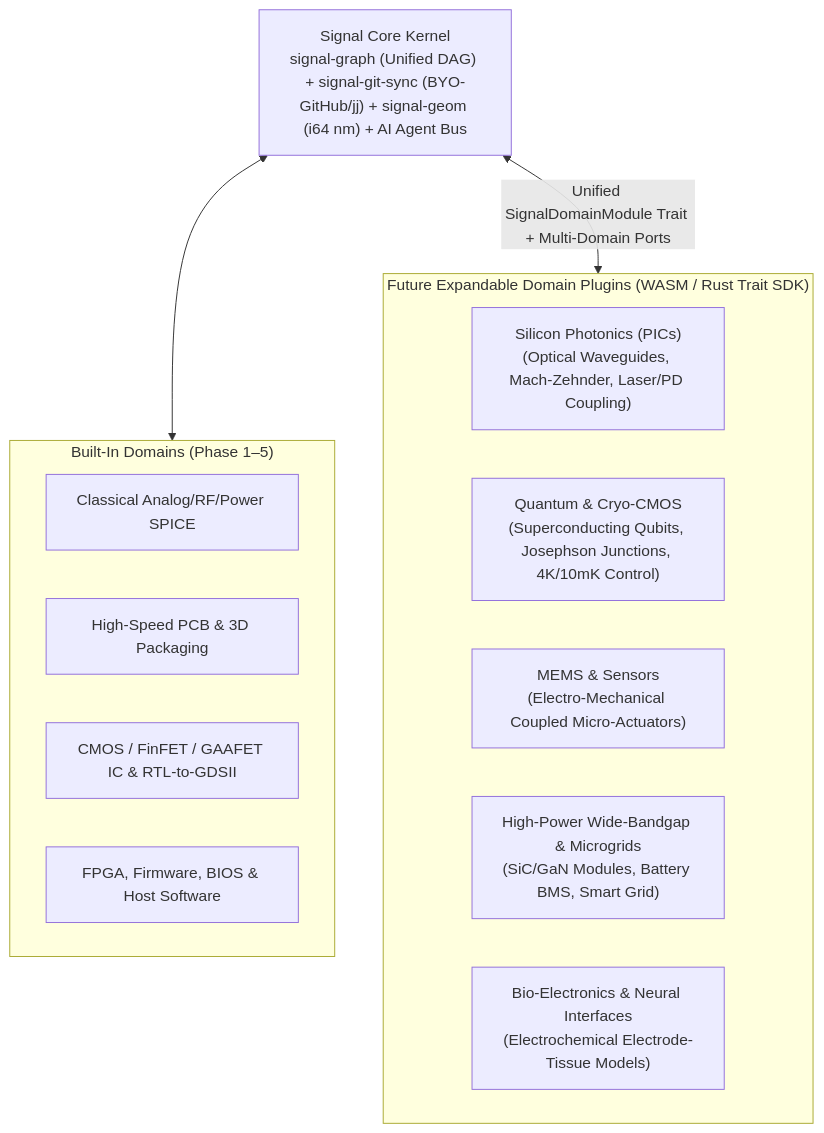
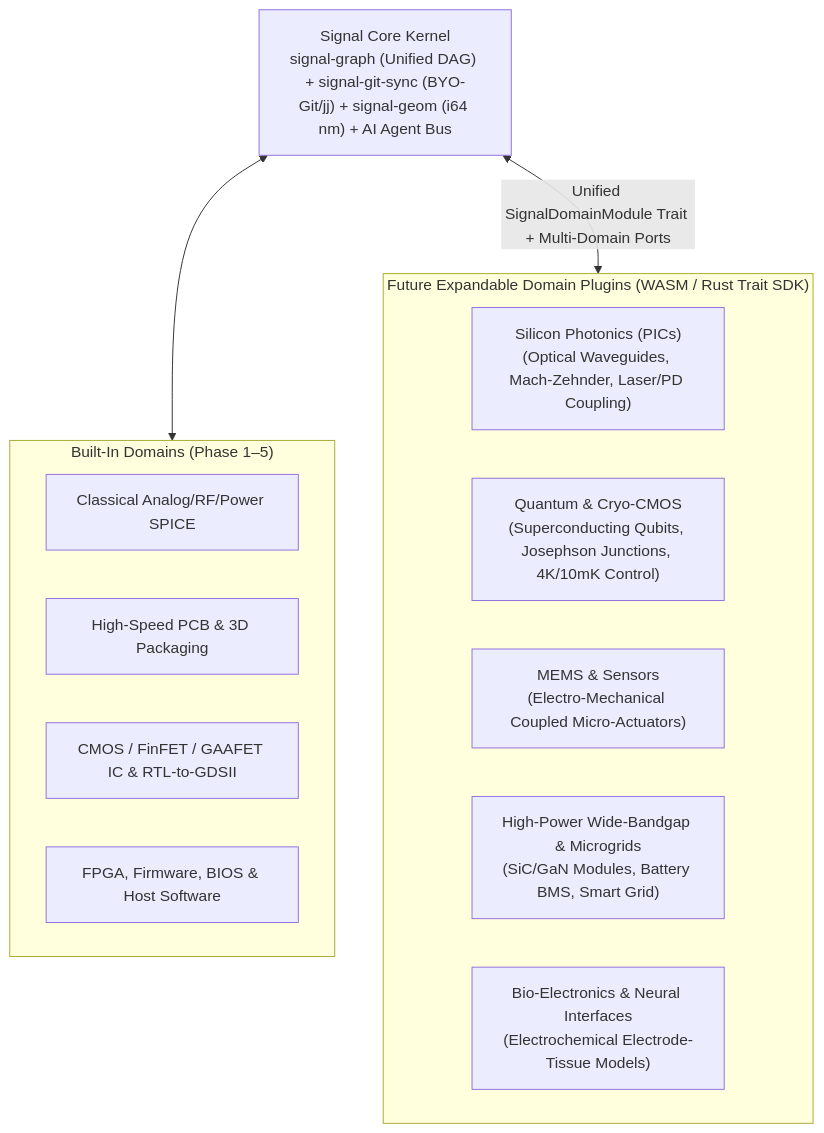
One commit to the-code-master/signal changed the second of 2 diagrams in architecture/14-universal-scale-accessibility-and-expandability.md. Above: the diagram before and after it, drawn with Mermaid. The commit also changed other lines of this file and 13 other files, not shown here.

Commit message:
docs: expand BYO-Git VCS and Periodic Security Auditor to support GitHub, GitLab, and Bitbucket

````diff
--- a/architecture/14-universal-scale-accessibility-and-expandability.md
+++ b/architecture/14-universal-scale-accessibility-and-expandability.md
@@ -87,22 +87,22 @@
 ```mermaid
 flowchart TB
-    Kernel["Signal Core Kernel\nsignal-graph (Unified DAG) + signal-git-sync (BYO-GitHub/jj) + signal-geom (i64 nm) + AI Agent Bus"]
+    Kernel["Signal Core Kernel\nsignal-graph (Unified DAG) + signal-git-sync (BYO-Git/jj) + signal-geom (i64 nm) + AI Agent Bus"]
 
     subgraph Today["Built-In Domains (Phase 1–5)"]
         D1["Classical Analog/RF/Power SPICE"]
         D2["High-Speed PCB & 3D Packaging"]
         D3["CMOS / FinFET / GAAFET IC & RTL-to-GDSII"]
         D4["FPGA, Firmware, BIOS & Host Software"]
     end
 
     subgraph Future["Future Expandable Domain Plugins (WASM / Rust Trait SDK)"]
         F1["Silicon Photonics (PICs)\n(Optical Waveguides, Mach-Zehnder, Laser/PD Coupling)"]
         F2["Quantum & Cryo-CMOS\n(Superconducting Qubits, Josephson Junctions, 4K/10mK Control)"]
         F3["MEMS & Sensors\n(Electro-Mechanical Coupled Micro-Actuators)"]
         F4["High-Power Wide-Bandgap & Microgrids\n(SiC/GaN Modules, Battery BMS, Smart Grid)"]
         F5["Bio-Electronics & Neural Interfaces\n(Electrochemical Electrode-Tissue Models)"]
     end
 
     Kernel <--> Today
     Kernel <-->|"Unified SignalDomainModule Trait + Multi-Domain Ports"| Future
 ```
````
